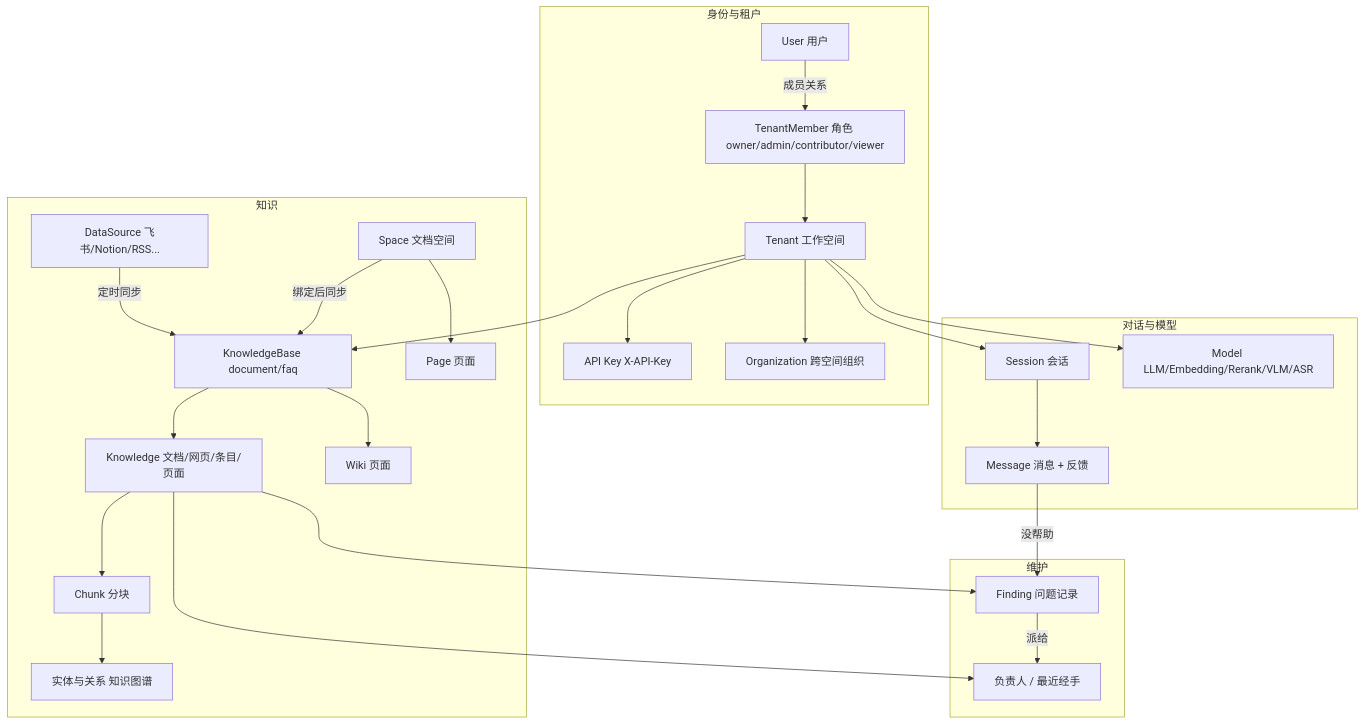
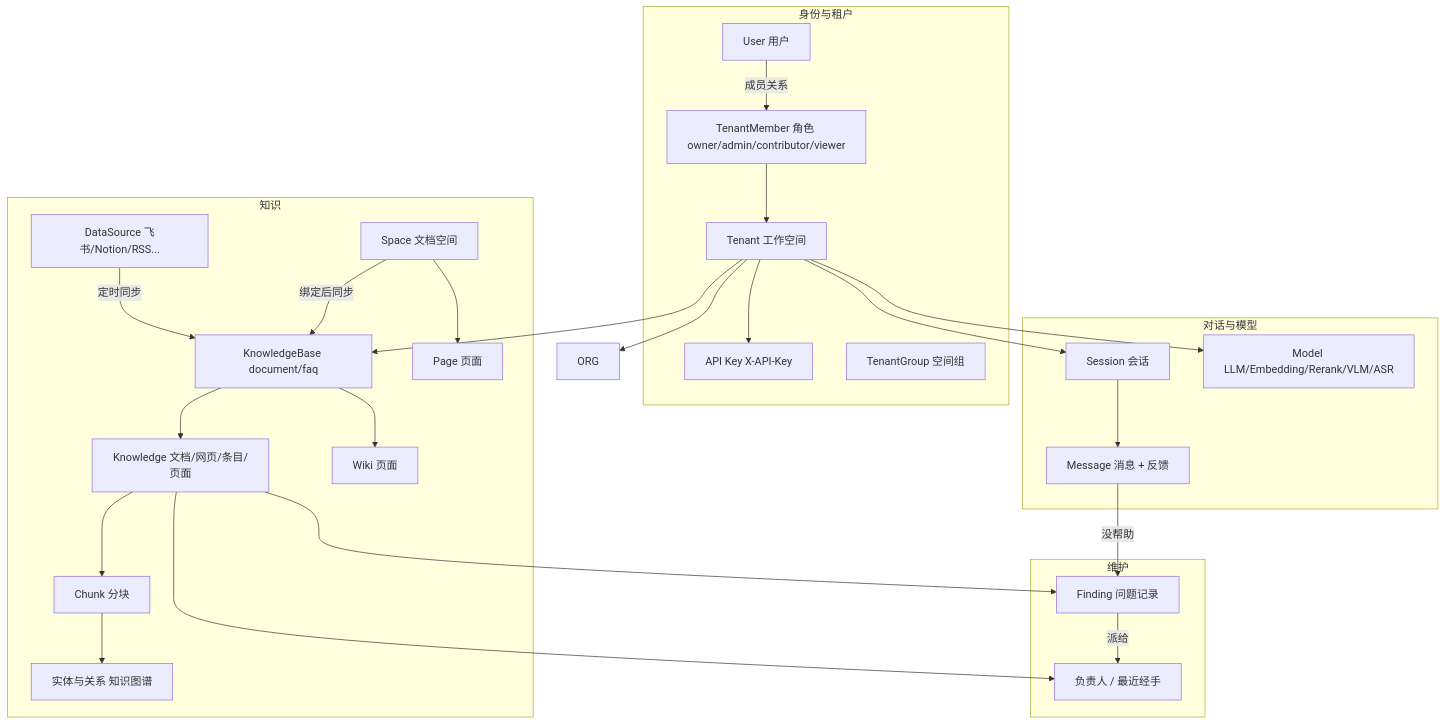
The first of 2 diagrams in website-docs/01-getting-started/01-introduction.md (magicyuan876/Yuheng), drawn with Mermaid before and after one commit. The commit also changed other lines of this file and 39 other files, not shown here.

````diff
--- a/website-docs/01-getting-started/01-introduction.md
+++ b/website-docs/01-getting-started/01-introduction.md
@@ -99,45 +99,45 @@
 ```mermaid
 flowchart TB
     subgraph identity["身份与租户"]
         U["User 用户"]
         T["Tenant 工作空间"]
         TM["TenantMember 角色 owner/admin/contributor/viewer"]
         AK["API Key X-API-Key"]
-        ORG["Organization 跨空间组织"]
+        TG["TenantGroup 空间组"]
     end
     subgraph knowledge["知识"]
         KB["KnowledgeBase document/faq"]
         K["Knowledge 文档/网页/条目/页面"]
         C["Chunk 分块"]
         W["Wiki 页面"]
         G["实体与关系 知识图谱"]
         DS["DataSource 飞书/Notion/RSS..."]
         SP["Space 文档空间"]
         P["Page 页面"]
     end
     subgraph health["维护"]
         F["Finding 问题记录"]
         O["负责人 / 最近经手"]
     end
     subgraph chat["对话与模型"]
         S["Session 会话"]
         MSG["Message 消息 + 反馈"]
         M["Model LLM/Embedding/Rerank/VLM/ASR"]
     end
     U -- "成员关系" --> TM --> T
     T --> AK
     T --> ORG
     T --> KB
     T --> M
     KB --> K --> C
     KB --> W
     C --> G
     DS -- "定时同步" --> KB
     SP --> P
     SP -- "绑定后同步" --> KB
     K --> O
     K --> F
     F -- "派给" --> O
     T --> S --> MSG
     MSG -- "没帮助" --> F
 ```
````
